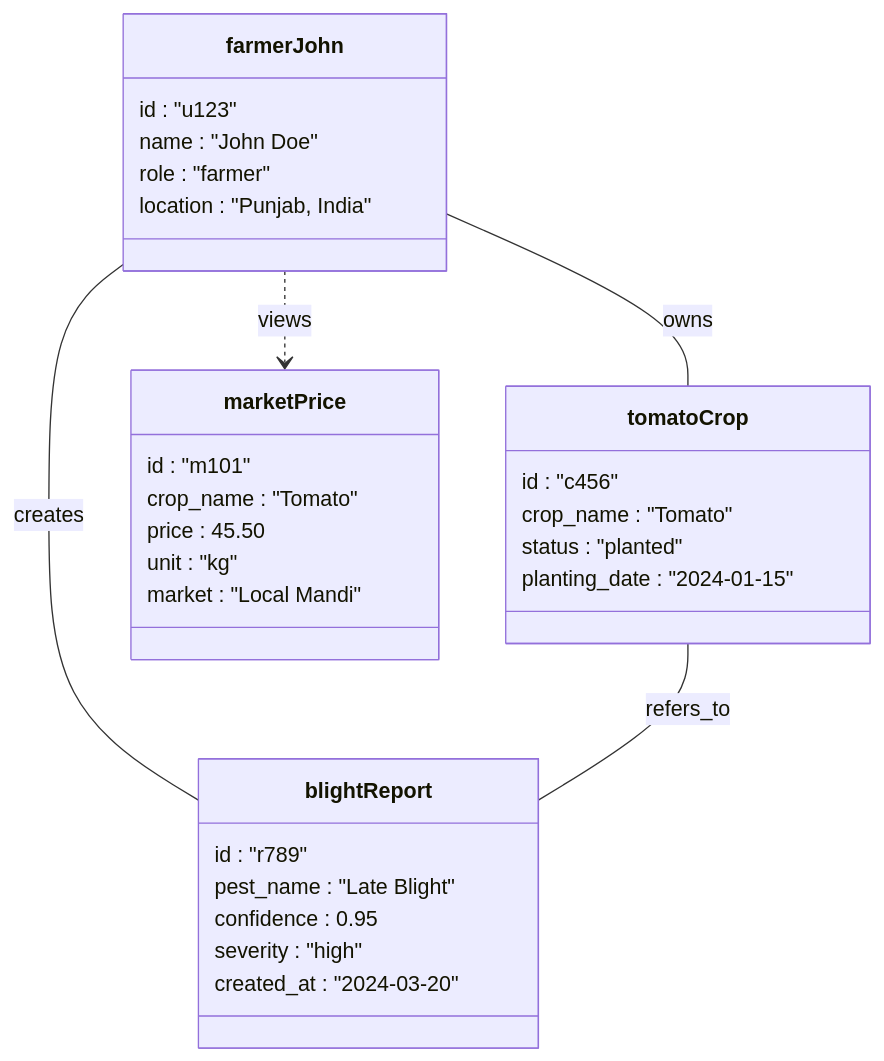
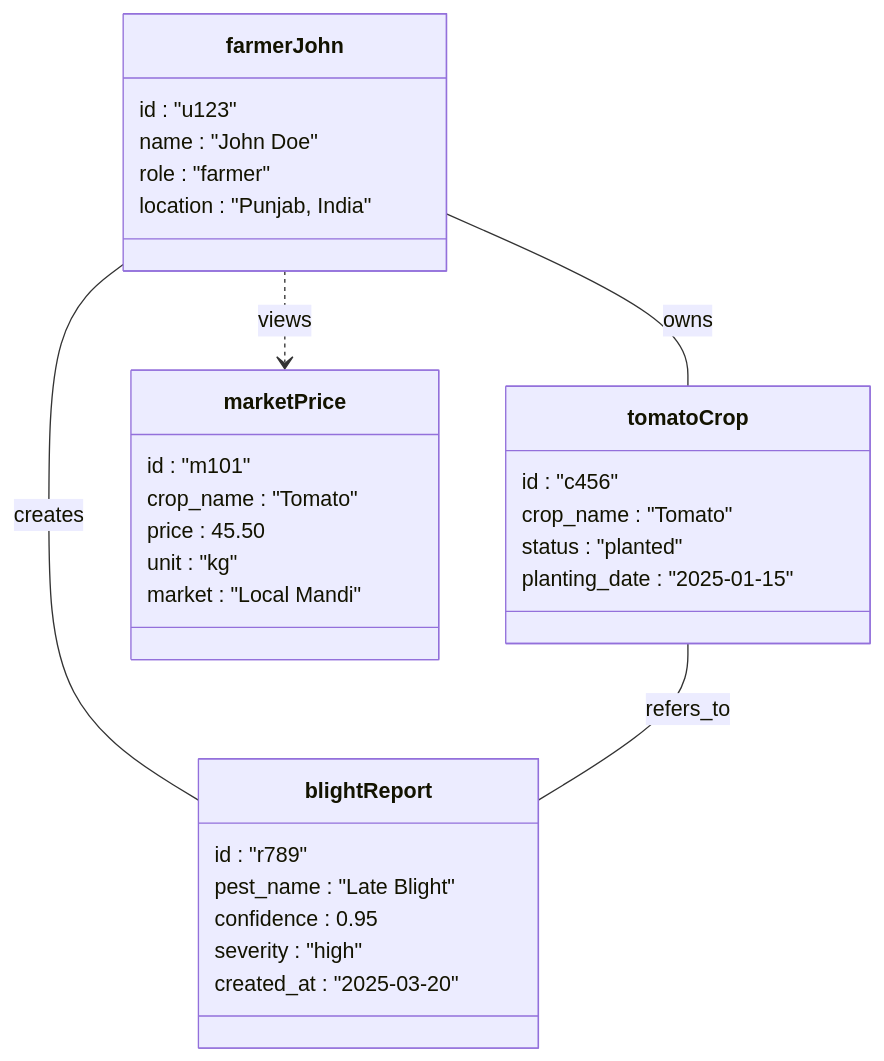
One commit to moditejas2005/smart-crop-aid changed diagram 11 of 11 in docs/technical/DIAGRAMS.md. Above: the diagram before and after it, drawn with Mermaid. The commit also changed 5 other files, not shown here.

````diff
--- a/docs/technical/DIAGRAMS.md
+++ b/docs/technical/DIAGRAMS.md
@@ -590,34 +590,34 @@
 ```mermaid
 classDiagram
     class farmerJohn {
         id : "u123"
         name : "John Doe"
         role : "farmer"
         location : "Punjab, India"
     }
     class tomatoCrop {
         id : "c456"
         crop_name : "Tomato"
         status : "planted"
-        planting_date : "2024-01-15"
+        planting_date : "2025-01-15"
     }
     class blightReport {
         id : "r789"
         pest_name : "Late Blight"
         confidence : 0.95
         severity : "high"
-        created_at : "2024-03-20"
+        created_at : "2025-03-20"
     }
     class marketPrice {
         id : "m101"
         crop_name : "Tomato"
         price : 45.50
         unit : "kg"
         market : "Local Mandi"
     }
 
     farmerJohn -- tomatoCrop : owns
     farmerJohn -- blightReport : creates
     tomatoCrop -- blightReport : refers_to
     farmerJohn ..> marketPrice : views
 ```
````
